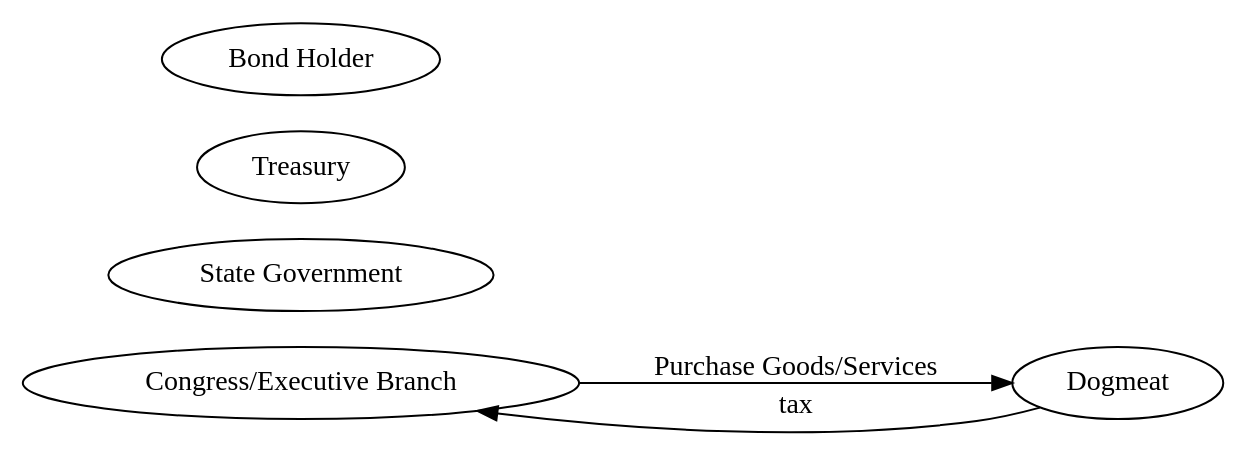
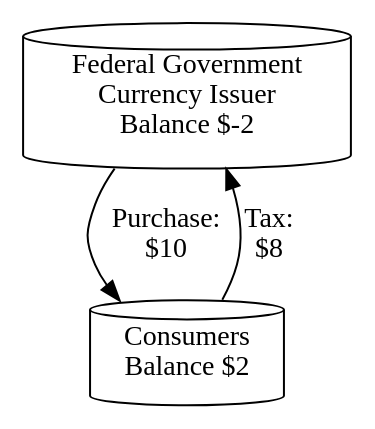
The diagram in images/flows.dot (dpp/mutt), drawn with Graphviz before and after one commit. The commit also changed 7 other files, not shown here.

```diff
--- a/images/flows.dot
+++ b/images/flows.dot
@@ -1,17 +1,11 @@
-digraph moof {
-rankdir="LR";
+digraph basic {
+//rankdir="LR";
 
-fed_gvt [label = "Congress/Executive Branch"]
+fed_gvt [shape = cylinder label = "Federal Government\nCurrency Issuer\nBalance $-2"];
 
-state_gvt [label ="State Government"]
+consumers [shape = cylinder ; label = "Consumers\nBalance $2"];
 
-treasury [label = "Treasury"]
+fed_gvt -> consumers [label = "Purchase:\n$10"];
 
-bond_holder [label = "Bond Holder"]
-
-person [label = "Dogmeat"]
-
-fed_gvt -> person [label = "Purchase Goods/Services"];
-
-person -> fed_gvt [label = "tax"];
+consumers -> fed_gvt [label = "Tax:\n$8"];
 }
```
